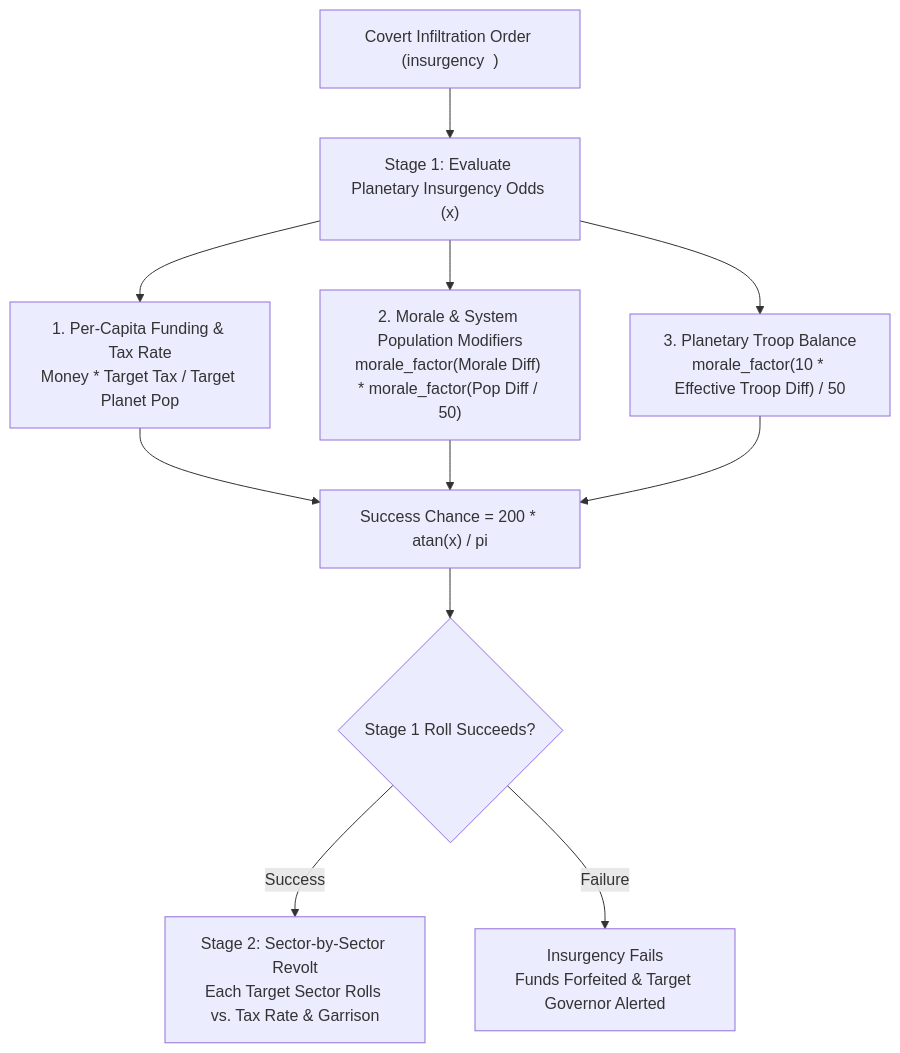
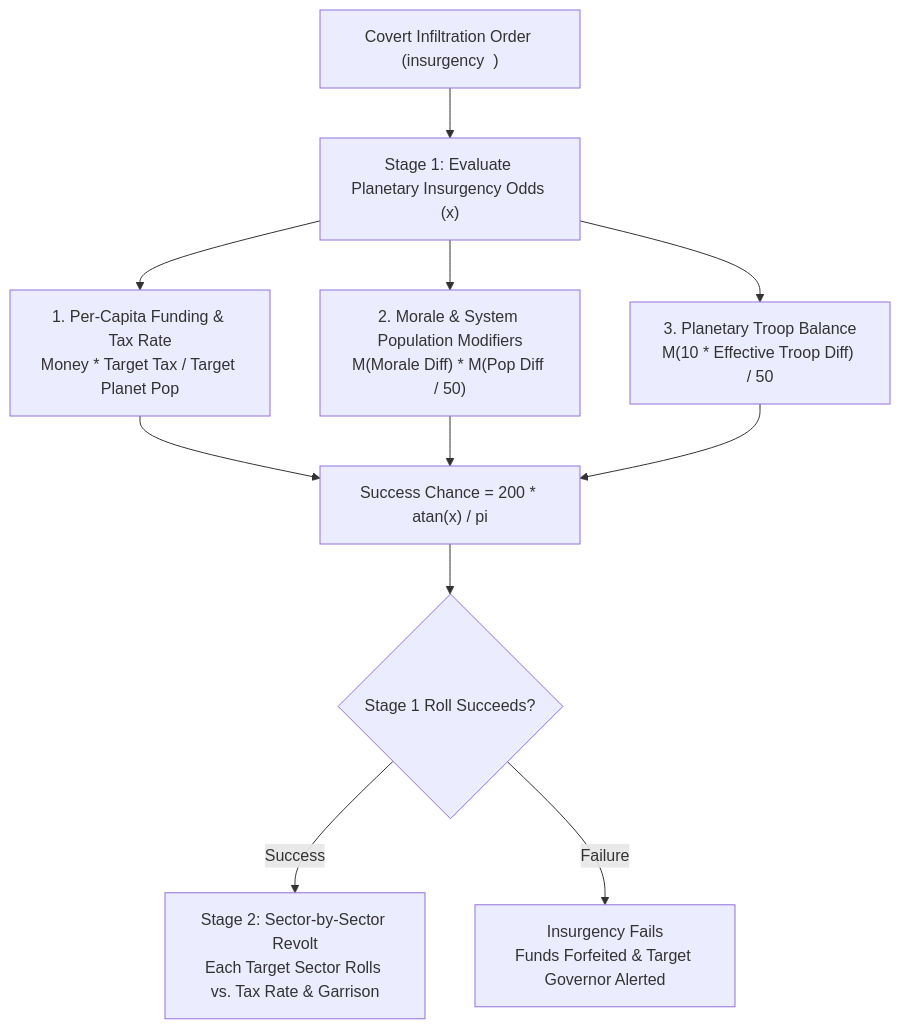
The second of 4 diagrams in docs/covert_ops.md (kaladron/galactic-bloodshed), drawn with Mermaid before and after one commit. The commit also changed other lines of this file and 34 other files, not shown here.

First line of the commit message:
[gb] Synchronize architecture, skill, and domain docs with UI separation

````diff
--- a/docs/covert_ops.md
+++ b/docs/covert_ops.md
@@ -21,15 +21,15 @@
 ```mermaid
 flowchart TD
     Infiltrate["Covert Infiltration Order (insurgency <race> <money>)"] --> Assess["Stage 1: Evaluate Planetary Insurgency Odds (x)"]
     Assess --> TaxRate["1. Per-Capita Funding & Tax Rate\nMoney * Target Tax / Target Planet Pop"]
-    Assess --> Morale["2. Morale & System Population Modifiers\nmorale_factor(Morale Diff) * morale_factor(Pop Diff / 50)"]
-    Assess --> Garrison["3. Planetary Troop Balance\nmorale_factor(10 * Effective Troop Diff) / 50"]
+    Assess --> Morale["2. Morale & System Population Modifiers\nM(Morale Diff) * M(Pop Diff / 50)"]
+    Assess --> Garrison["3. Planetary Troop Balance\nM(10 * Effective Troop Diff) / 50"]
     
     TaxRate --> Calc["Success Chance = 200 * atan(x) / pi"]
     Morale --> Calc
     Garrison --> Calc
     
     Calc --> Outcome{"Stage 1 Roll Succeeds?"}
     Outcome -->|Success| Revolt["Stage 2: Sector-by-Sector Revolt\nEach Target Sector Rolls vs. Tax Rate & Garrison"]
     Outcome -->|Failure| Exposed["Insurgency Fails\nFunds Forfeited & Target Governor Alerted"]
 ```
````
